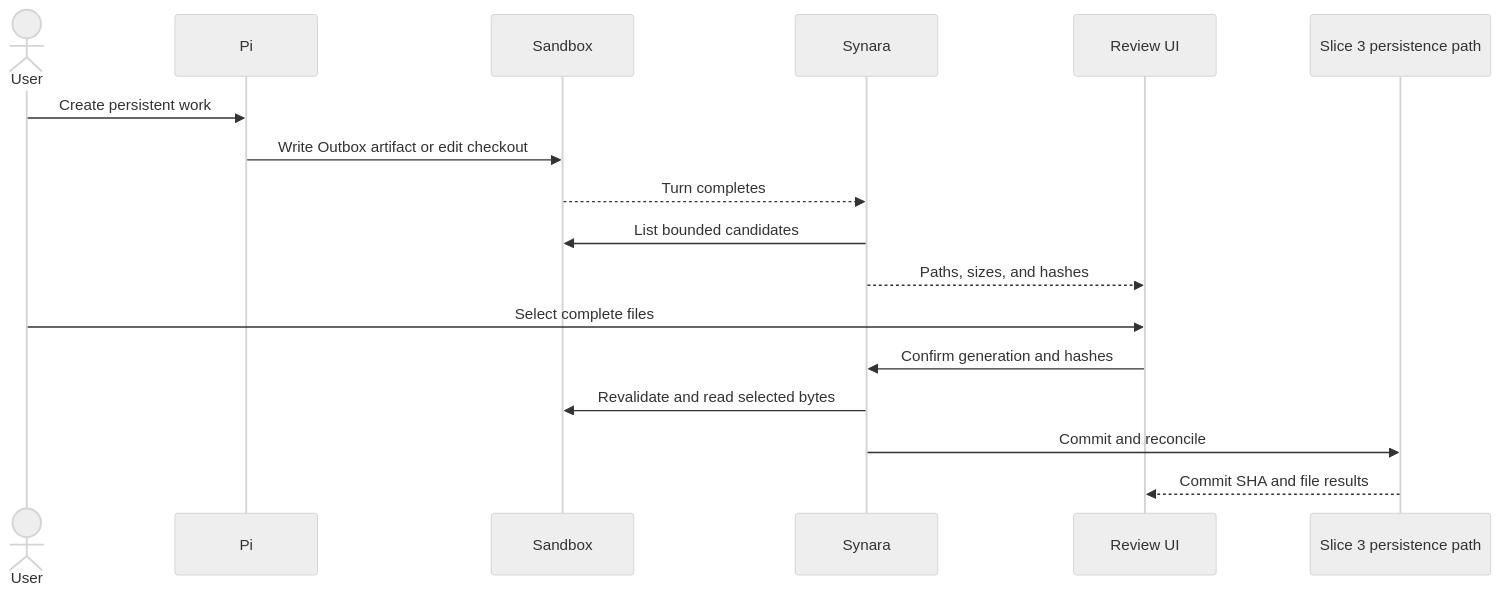
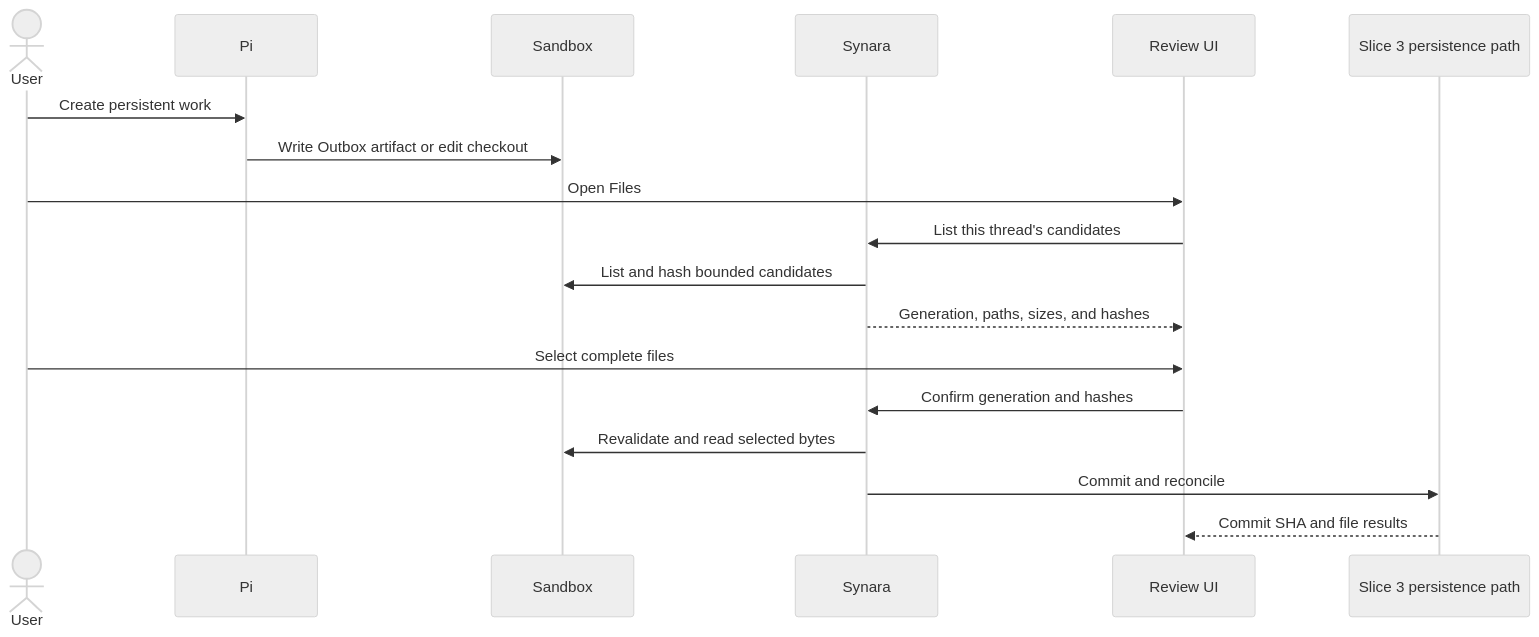
The fourth of 4 diagrams in docs/superpowers/specs/2026-08-30-glasswing-chat-context-persistence-design.md (adityachaudhry/synara), drawn with Mermaid (neutral theme) before and after one commit. The commit also changed other lines of this file and 17 other files, not shown here.

````diff
--- a/docs/superpowers/specs/2026-08-30-glasswing-chat-context-persistence-design.md
+++ b/docs/superpowers/specs/2026-08-30-glasswing-chat-context-persistence-design.md
@@ -99,19 +99,20 @@
 ```mermaid
 sequenceDiagram
     actor User
     participant Pi
     participant Sandbox
     participant Synara
     participant UI as Review UI
     participant Persistence as Slice 3 persistence path
     User->>Pi: Create persistent work
     Pi->>Sandbox: Write Outbox artifact or edit checkout
-    Sandbox-->>Synara: Turn completes
-    Synara->>Sandbox: List bounded candidates
-    Synara-->>UI: Paths, sizes, and hashes
+    User->>UI: Open Files
+    UI->>Synara: List this thread's candidates
+    Synara->>Sandbox: List and hash bounded candidates
+    Synara-->>UI: Generation, paths, sizes, and hashes
     User->>UI: Select complete files
     UI->>Synara: Confirm generation and hashes
     Synara->>Sandbox: Revalidate and read selected bytes
     Synara->>Persistence: Commit and reconcile
     Persistence-->>UI: Commit SHA and file results
 ```
````
